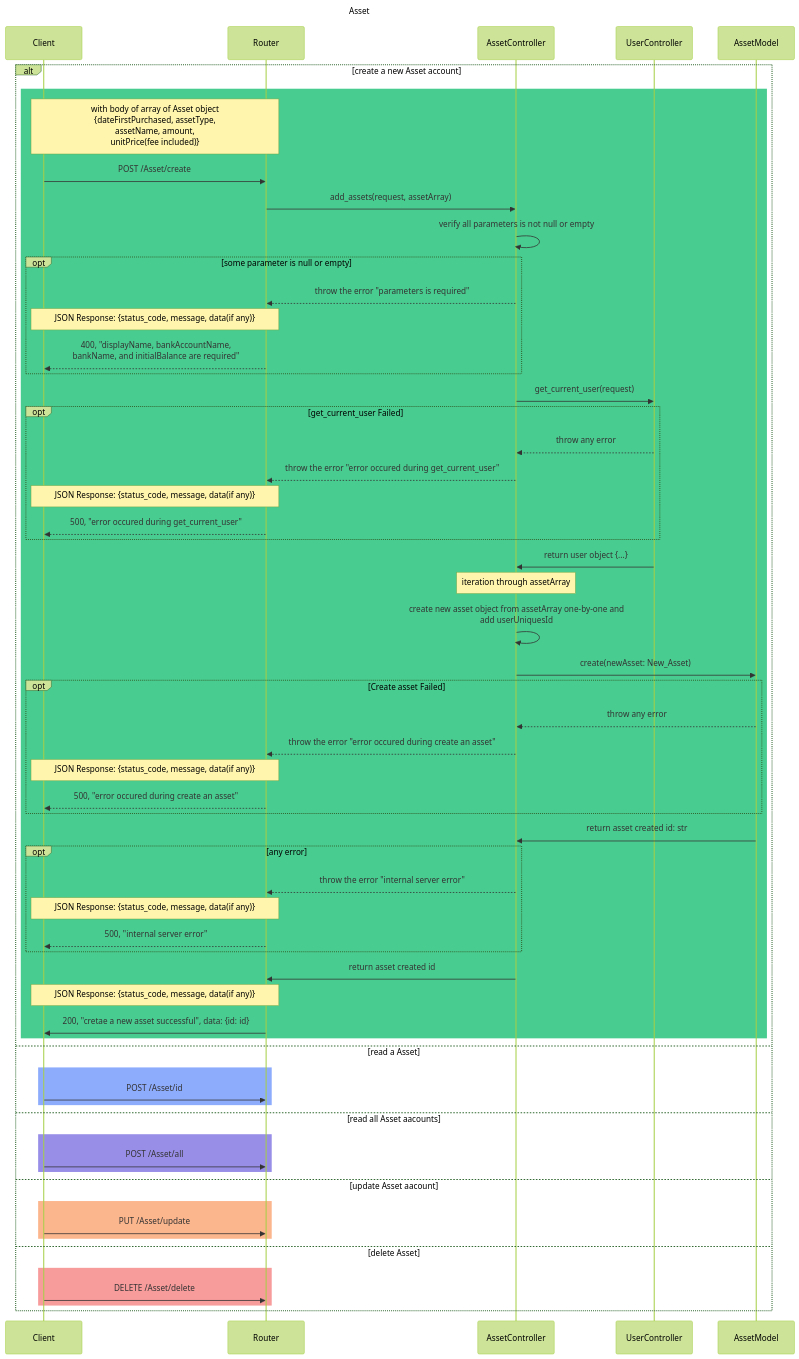
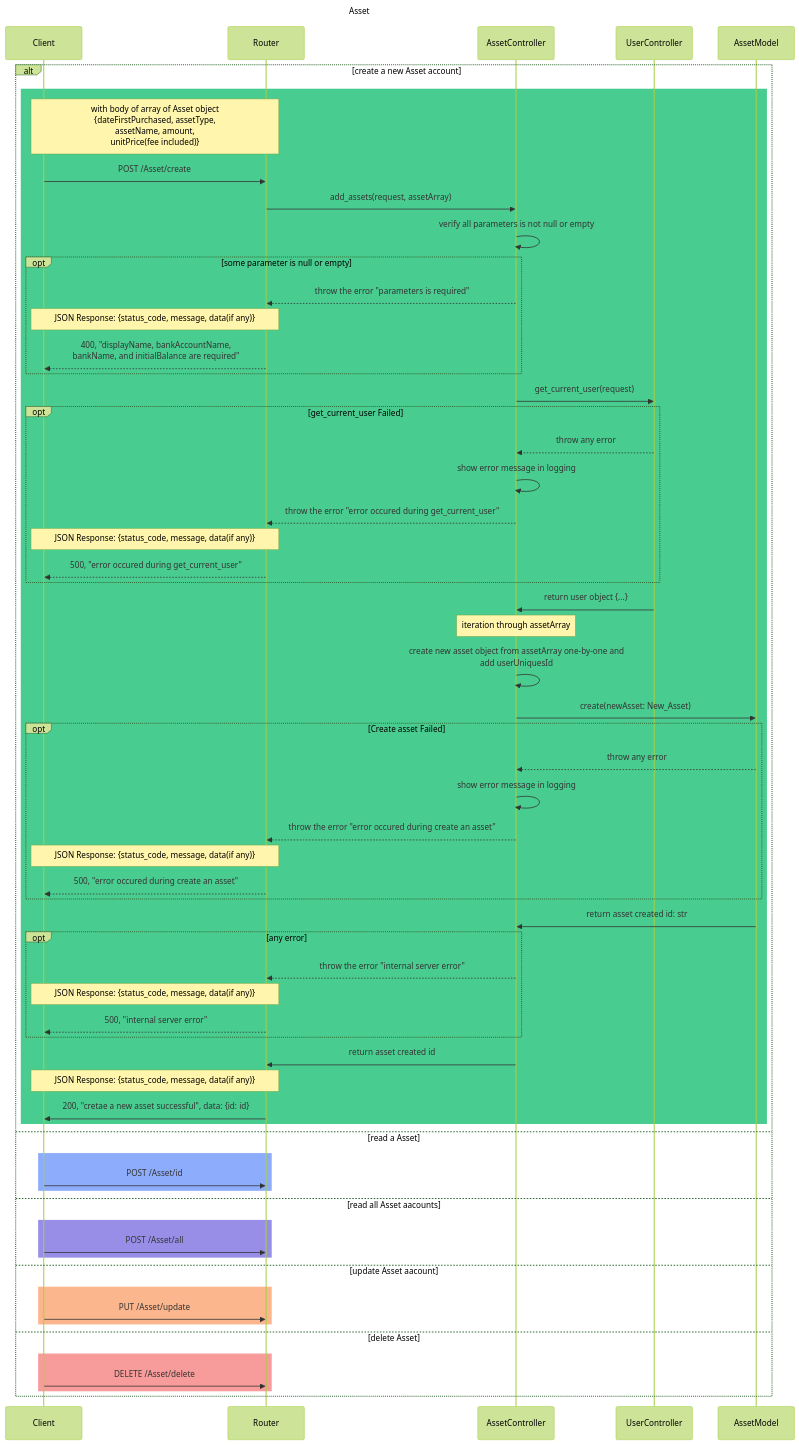
Before and after one commit to SawatKia/WealthTracking: the diagram in design/Classes/Assets.mmd, drawn with Mermaid (forest theme). The commit also changed 13 other files, not shown here.

Commit message:
add show error message in log

```diff
--- a/design/Classes/Assets.mmd
+++ b/design/Classes/Assets.mmd
@@ -1,64 +1,66 @@
 sequenceDiagram
     title Asset 
     participant Client
     participant Router
     participant Cont as AssetController
     participant User as UserController
     participant Asset as AssetModel
 
     alt create a new Asset account
         rect rgb(73,204,144)
             Note over Client,Router: with body of array of Asset object<br>{dateFirstPurchased, assetType,<br>assetName, amount,<br>unitPrice(fee included)}
             Client->>Router: POST /Asset/create
             Router->>Cont: add_assets(request, assetArray)
             Cont->>Cont: verify all parameters is not null or empty
             opt some parameter is null or empty
                 Cont-->>Router: throw the error "parameters is required"
                 Note over Router,Client: JSON Response: {status_code, message, data(if any)}
                 Router-->>Client: 400, "displayName, bankAccountName,<br>bankName, and initialBalance are required"
             end
             Cont->>User: get_current_user(request)
             opt get_current_user Failed
                 User-->>Cont: throw any error
+                Cont->>Cont: show error message in logging
                 Cont-->>Router: throw the error "error occured during get_current_user"
                 Note over Router,Client: JSON Response: {status_code, message, data(if any)}
                 Router-->>Client: 500, "error occured during get_current_user"
             end
             User->>Cont: return user object {...}
             Note over Cont: iteration through assetArray
             Cont->>Cont: create new asset object from assetArray one-by-one and<br>add userUniquesId
             Cont->>Asset: create(newAsset: New_Asset)
             opt Create asset Failed
                 Asset-->>Cont: throw any error
+                Cont->>Cont: show error message in logging
                 Cont-->>Router: throw the error "error occured during create an asset"
                 Note over Router,Client: JSON Response: {status_code, message, data(if any)}
                 Router-->>Client: 500, "error occured during create an asset"
             end
             Asset->>Cont: return asset created id: str
             opt any error
                 Cont-->>Router: throw the error "internal server error"
                 Note over Router,Client: JSON Response: {status_code, message, data(if any)}
                 Router-->>Client: 500, "internal server error"
             end
             Cont->>Router: return asset created id
             Note over Router,Client: JSON Response: {status_code, message, data(if any)}
             Router->>Client: 200, "cretae a new asset successful", data: {id: id}
 
         end
     else read a Asset 
         rect rgb(142,172,252)
             Client->>Router: POST /Asset/id
         end
     else read all Asset aacounts
         rect rgb(152, 142, 232)
             Client->>Router: POST /Asset/all
         end
     else update Asset aacount
         rect rgb(252,182,142)
             Client->>Router: PUT  /Asset/update
         end
     else delete Asset 
         rect rgb(247,155,155)
             Client->>Router: DELETE /Asset/delete
         end
     end
```
